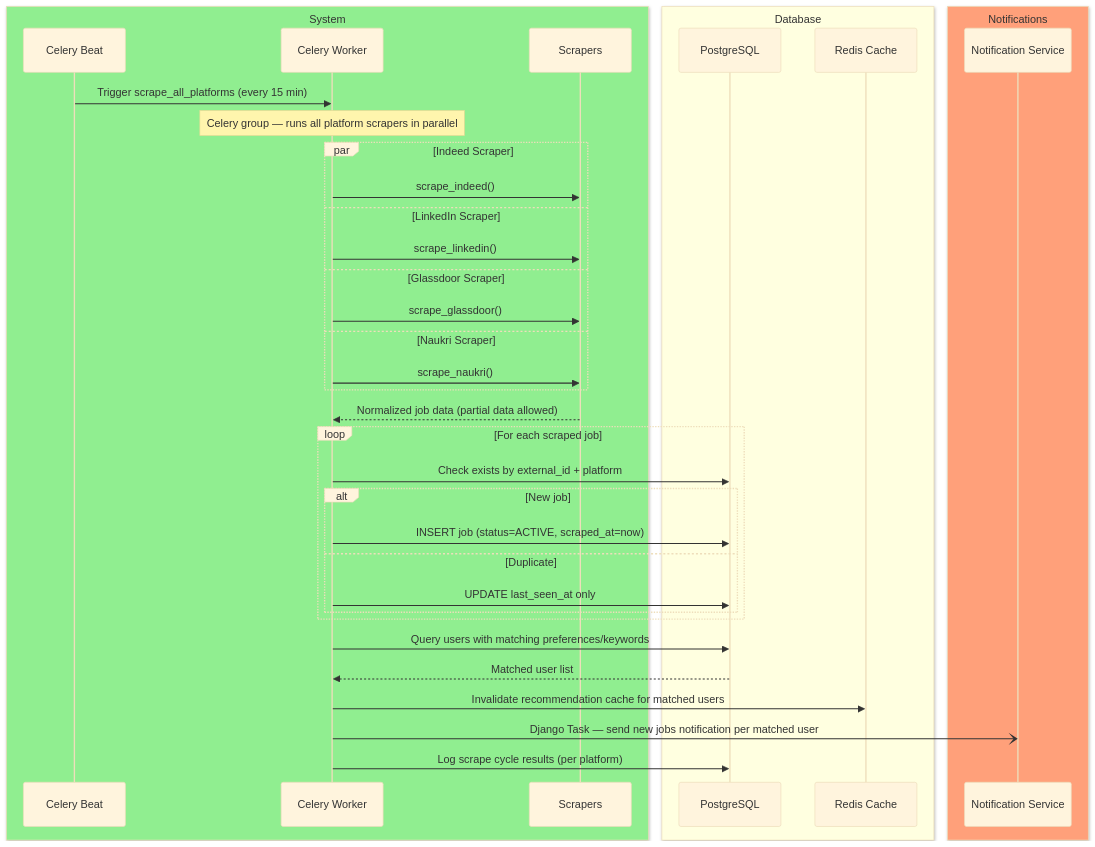
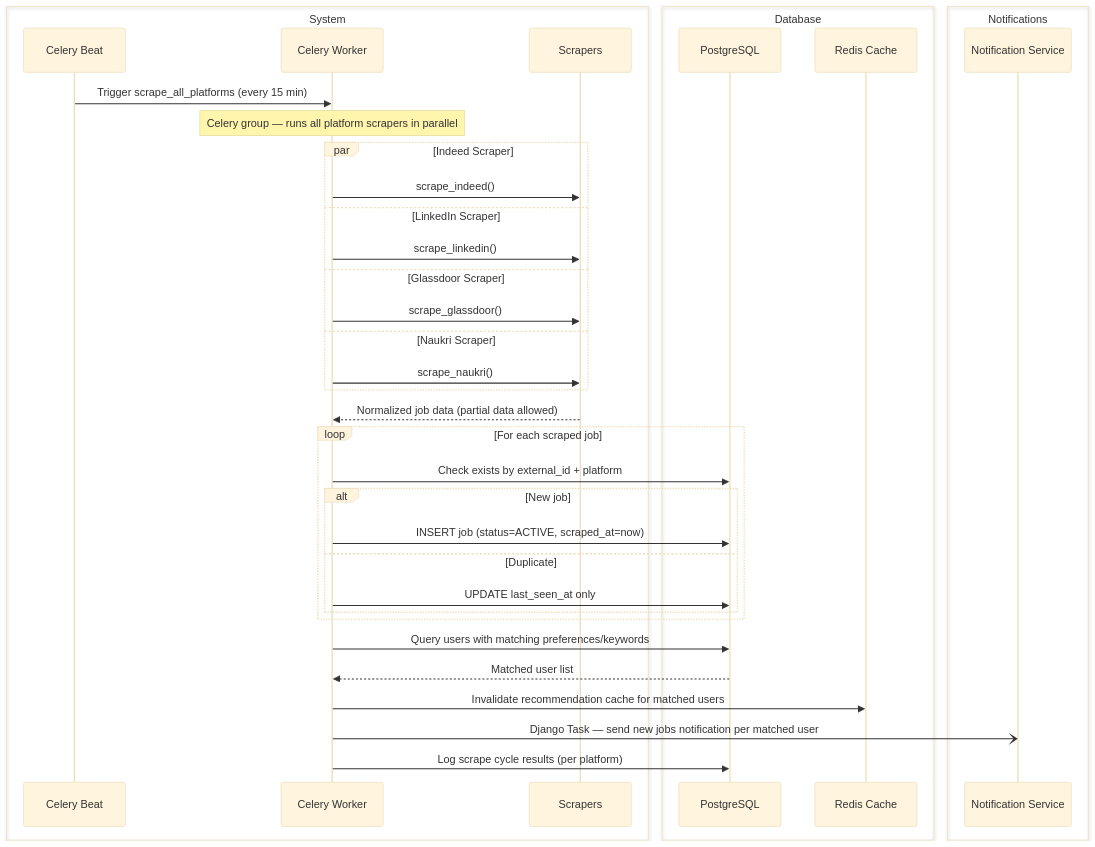
The fifth of 22 diagrams in docs/flows/Careerly Flow.md (SaifAyman23/django-rapido), drawn with Mermaid (base theme) before and after one commit. The commit also changed other lines of this file and 3 other files, not shown here.

Commit message:
Edit diagrams in Careerly Flow

````diff
--- a/docs/flows/Careerly Flow.md
+++ b/docs/flows/Careerly Flow.md
@@ -609,46 +609,46 @@
 ```mermaid
 sequenceDiagram
-  box LightGreen System
+  box System
     participant CB as Celery Beat
     participant CW as Celery Worker
     participant SC as Scrapers
   end
-  box LightYellow Database
+  box Database
     participant DB as PostgreSQL
     participant RD as Redis Cache
   end
-  box LightSalmon Notifications
+  box Notifications
     participant NS as Notification Service
   end
 
   CB->>CW: Trigger scrape_all_platforms (every 15 min)
   Note over CW: Celery group — runs all platform scrapers in parallel
 
   par Indeed Scraper
     CW->>SC: scrape_indeed()
   and LinkedIn Scraper
     CW->>SC: scrape_linkedin()
   and Glassdoor Scraper
     CW->>SC: scrape_glassdoor()
   and Naukri Scraper
     CW->>SC: scrape_naukri()
   end
 
   SC-->>CW: Normalized job data (partial data allowed)
 
   loop For each scraped job
     CW->>DB: Check exists by external_id + platform
     alt New job
       CW->>DB: INSERT job (status=ACTIVE, scraped_at=now)
     else Duplicate
       CW->>DB: UPDATE last_seen_at only
     end
   end
 
   CW->>DB: Query users with matching preferences/keywords
   DB-->>CW: Matched user list
   CW->>RD: Invalidate recommendation cache for matched users
   CW-)NS: Django Task — send new jobs notification per matched user
 
   CW->>DB: Log scrape cycle results (per platform)
 ```
````
